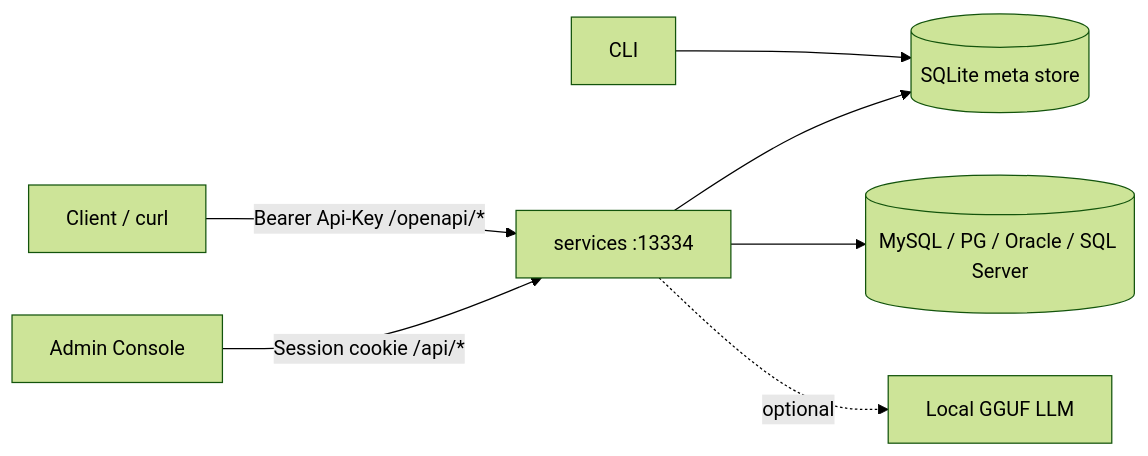
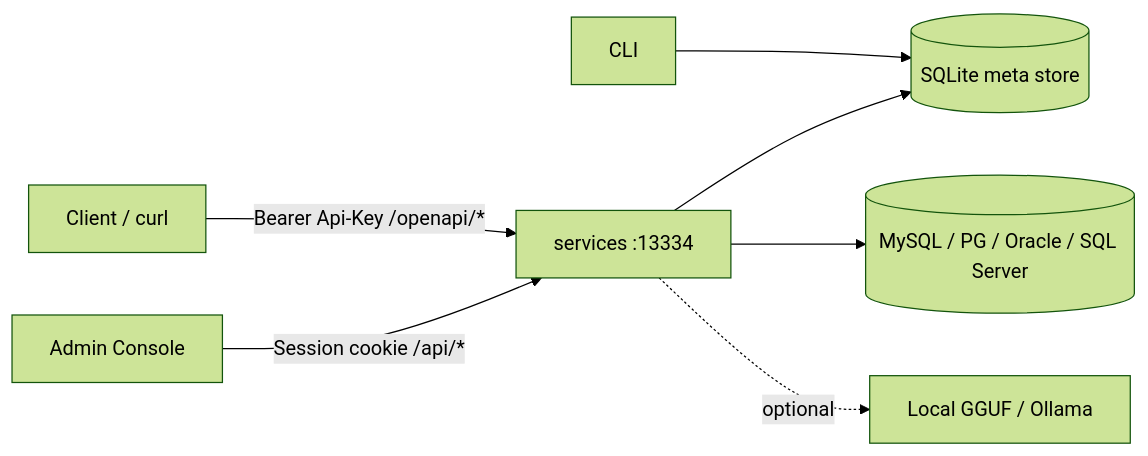
Before and after one commit to AxiosLeo/sql2api: the diagram in README.md, drawn with Mermaid (forest theme). The commit also changed other lines of this file and 1 other file, not shown here.

````diff
--- a/README.md
+++ b/README.md
@@ -35,17 +46,17 @@
 ```mermaid
 flowchart LR
   Client[Client / curl]
   Admin[Admin Console]
   CLI[CLI]
   API[services :13334]
   Meta[(SQLite meta store)]
   DB[(MySQL / PG / Oracle / SQL Server)]
-  LLM[Local GGUF LLM]
+  LLM[Local GGUF / Ollama]
 
   Client -->|"Bearer Api-Key /openapi/*"| API
   Admin -->|"Session cookie /api/*"| API
   CLI --> Meta
   API --> Meta
   API --> DB
   API -.->|optional| LLM
 ```
````
